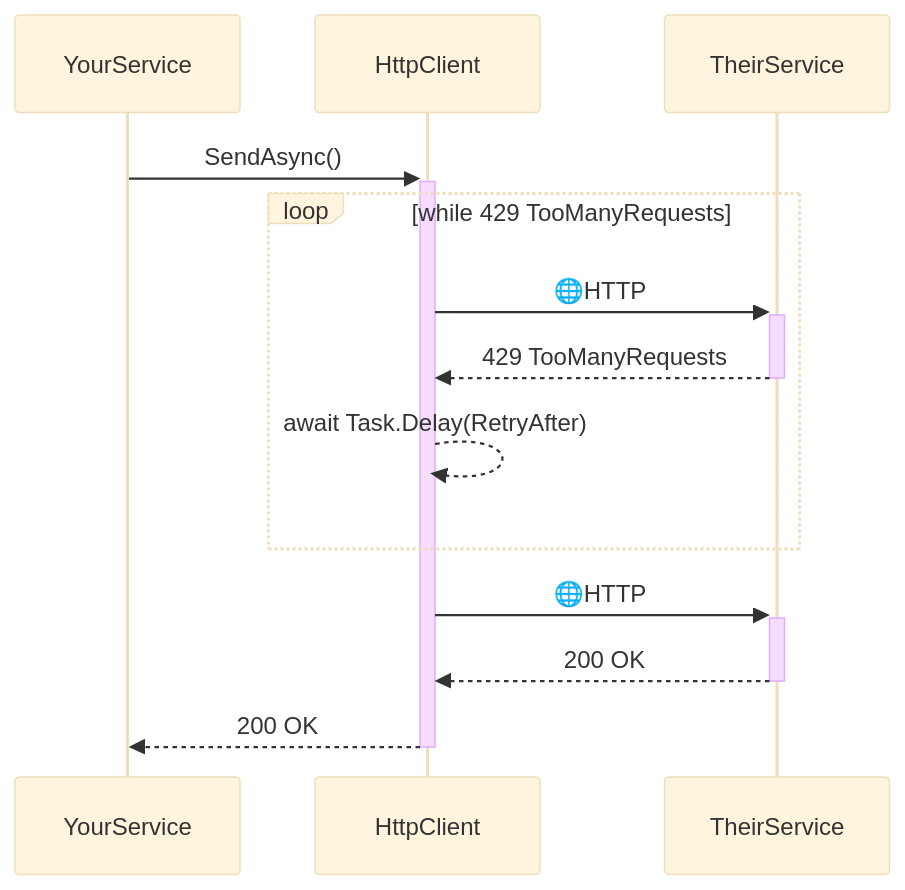
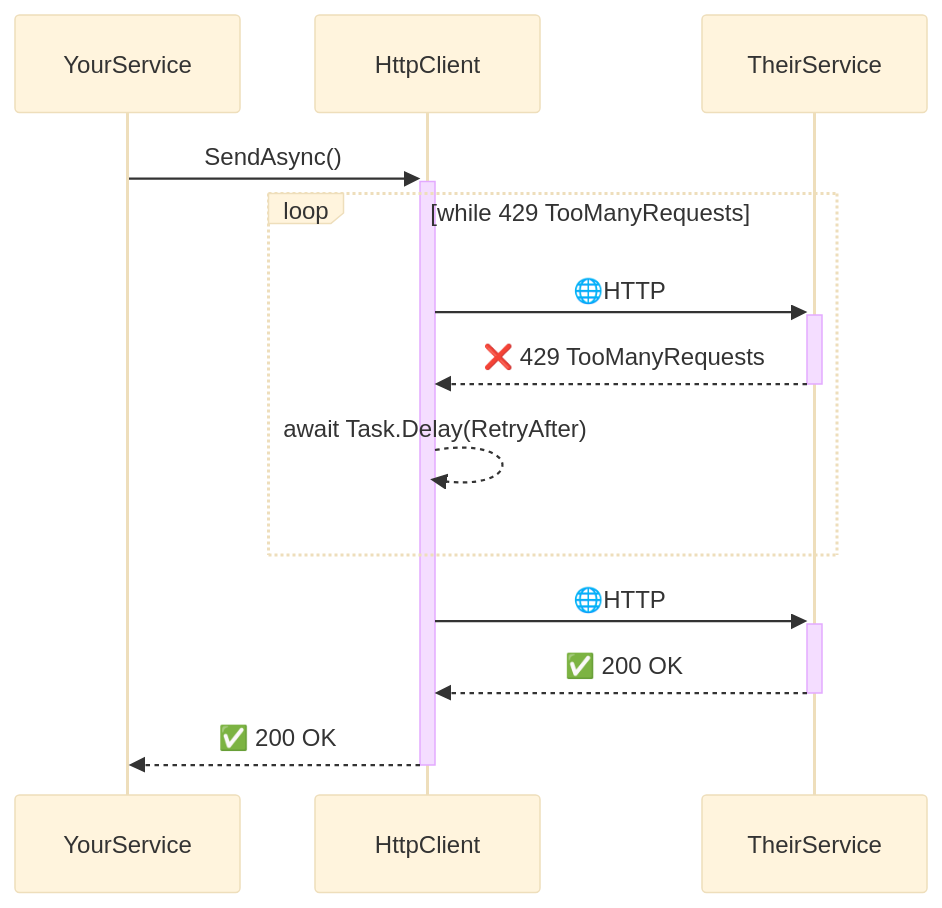
The fifth of 5 diagrams in README.md (ThrottlingTroll/ThrottlingTroll), drawn with Mermaid (base theme) before and after one commit. The commit also changed other lines of this file, not shown here.

````diff
--- a/README.md
+++ b/README.md
@@ -73,14 +73,14 @@
    ```mermaid
       sequenceDiagram
           YourService->>+HttpClient: SendAsync()
 
           loop while 429 TooManyRequests
               HttpClient->>+TheirService: #127760;HTTP
-              TheirService-->>-HttpClient: 429 TooManyRequests
+              TheirService-->>-HttpClient:❌ 429 TooManyRequests
               HttpClient-->>HttpClient: await Task.Delay(RetryAfter)
           end
 
           HttpClient->>+TheirService: #127760;HTTP
-          TheirService-->>-HttpClient: 200 OK
-          HttpClient-->>-YourService: 200 OK
+          TheirService-->>-HttpClient:✅ 200 OK
+          HttpClient-->>-YourService:✅ 200 OK
    ```
````
